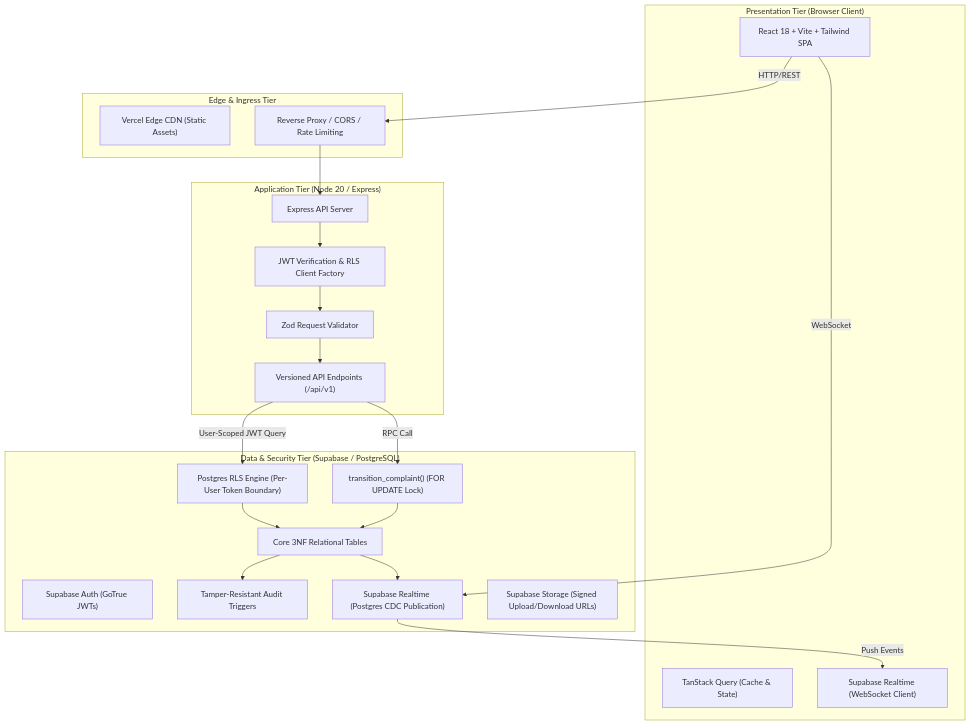
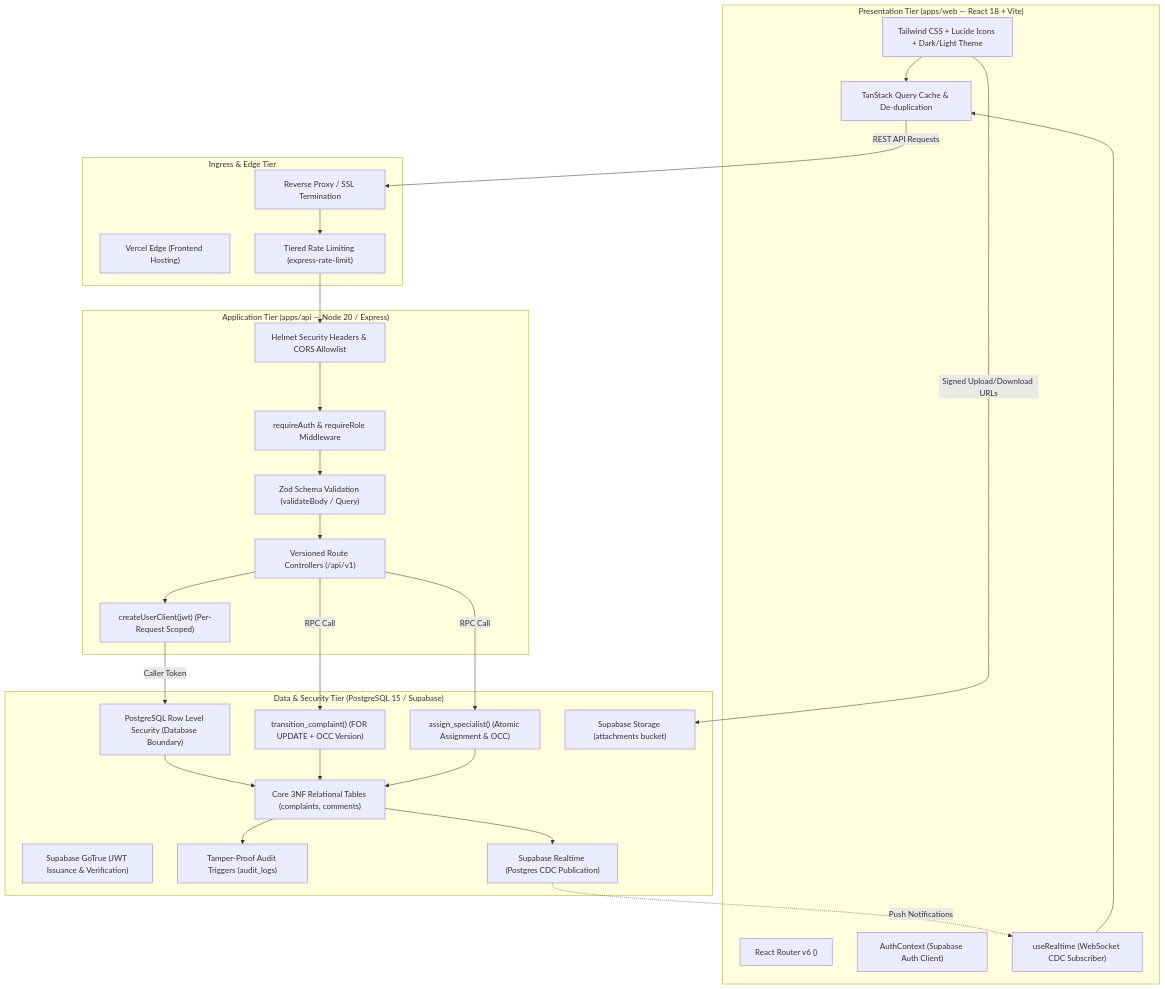
One commit to gsiddharthrao/ComplaintEase changed the first of 6 diagrams in docs/ARCHITECTURE.md. Above: the diagram before and after it, drawn with Mermaid. The commit also changed other lines of this file and 30 other files, not shown here.

Commit message:
feat(security,docs): finalize specialist workflow hardening, complete architecture study guide, and synchronize documentation

````diff
--- a/docs/ARCHITECTURE.md
+++ b/docs/ARCHITECTURE.md
@@ -9,44 +15,55 @@
 ```mermaid
 flowchart TD
-    subgraph Clients["Presentation Tier (Browser Client)"]
-        Browser["React 18 + Vite + Tailwind SPA"]
-        ReactQuery["TanStack Query (Cache & State)"]
-        RTSubscriber["Supabase Realtime (WebSocket Client)"]
+    subgraph PresentationTier["Presentation Tier (apps/web — React 18 + Vite)"]
+        UI["Tailwind CSS + Lucide Icons + Dark/Light Theme"]
+        QueryCache["TanStack Query Cache & De-duplication"]
+        Router["React Router v6 (<ProtectedRoute>)"]
+        AuthContext["AuthContext (Supabase Auth Client)"]
+        RealtimeHook["useRealtime (WebSocket CDC Subscriber)"]
     end
 
-    subgraph CDN["Edge & Ingress Tier"]
-        VercelEdge["Vercel Edge CDN (Static Assets)"]
-        ReverseProxy["Reverse Proxy / CORS / Rate Limiting"]
+    subgraph IngressTier["Ingress & Edge Tier"]
+        VercelCDN["Vercel Edge (Frontend Hosting)"]
+        ReverseProxy["Reverse Proxy / SSL Termination"]
+        RateLimiter["Tiered Rate Limiting (express-rate-limit)"]
     end
 
-    subgraph AppTier["Application Tier (Node 20 / Express)"]
-        ExpressAPI["Express API Server"]
-        AuthMiddleware["JWT Verification & RLS Client Factory"]
-        ZodValidation["Zod Request Validator"]
-        V1Routes["Versioned API Endpoints (/api/v1)"]
+    subgraph ApplicationTier["Application Tier (apps/api — Node 20 / Express)"]
+        SecHeaders["Helmet Security Headers & CORS Allowlist"]
+        AuthGuard["requireAuth & requireRole Middleware"]
+        Validator["Zod Schema Validation (validateBody / Query)"]
+        RouteHandlers["Versioned Route Controllers (/api/v1)"]
+        ClientFactory["createUserClient(jwt) (Per-Request Scoped)"]
     end
 
-    subgraph DataTier["Data & Security Tier (Supabase / PostgreSQL)"]
-        PostgresAuth["Supabase Auth (GoTrue JWTs)"]
-        RLSEngine["Postgres RLS Engine (Per-User Token Boundary)"]
-        PostgresTables["Core 3NF Relational Tables"]
-        StoredProcs["transition_complaint() (FOR UPDATE Lock)"]
-        AuditTriggers["Tamper-Resistant Audit Triggers"]
+    subgraph DataTier["Data & Security Tier (PostgreSQL 15 / Supabase)"]
+        AuthEngine["Supabase GoTrue (JWT Issuance & Verification)"]
+        RLSEngine["PostgreSQL Row Level Security (Database Boundary)"]
+        RelationalTables["Core 3NF Relational Tables (complaints, comments)"]
+        FSM["transition_complaint() (FOR UPDATE + OCC Version)"]
+        AssignRPC["assign_specialist() (Atomic Assignment & OCC)"]
+        AuditTriggers["Tamper-Proof Audit Triggers (audit_logs)"]
+        StorageEngine["Supabase Storage (attachments bucket)"]
         RealtimeEngine["Supabase Realtime (Postgres CDC Publication)"]
-        StorageEngine["Supabase Storage (Signed Upload/Download URLs)"]
     end
 
-    Browser -->|HTTP/REST| ReverseProxy
-    Browser -->|WebSocket| RealtimeEngine
-    ReverseProxy --> ExpressAPI
-    ExpressAPI --> AuthMiddleware
-    AuthMiddleware --> ZodValidation
-    ZodValidation --> V1Routes
-    V1Routes -->|User-Scoped JWT Query| RLSEngine
-    RLSEngine --> PostgresTables
-    V1Routes -->|RPC Call| StoredProcs
-    StoredProcs --> PostgresTables
-    PostgresTables --> AuditTriggers
-    PostgresTables --> RealtimeEngine
-    RealtimeEngine -->|Push Events| RTSubscriber
+    UI --> QueryCache
+    QueryCache -->|REST API Requests| ReverseProxy
+    ReverseProxy --> RateLimiter
+    RateLimiter --> SecHeaders
+    SecHeaders --> AuthGuard
+    AuthGuard --> Validator
+    Validator --> RouteHandlers
+    RouteHandlers --> ClientFactory
+    ClientFactory -->|Caller Token| RLSEngine
+    RLSEngine --> RelationalTables
+    RouteHandlers -->|RPC Call| FSM
+    RouteHandlers -->|RPC Call| AssignRPC
+    FSM --> RelationalTables
+    AssignRPC --> RelationalTables
+    RelationalTables --> AuditTriggers
+    RelationalTables --> RealtimeEngine
+    RealtimeEngine -.->|Push Notifications| RealtimeHook
+    RealtimeHook --> QueryCache
+    UI -->|Signed Upload/Download URLs| StorageEngine
 ```
````
